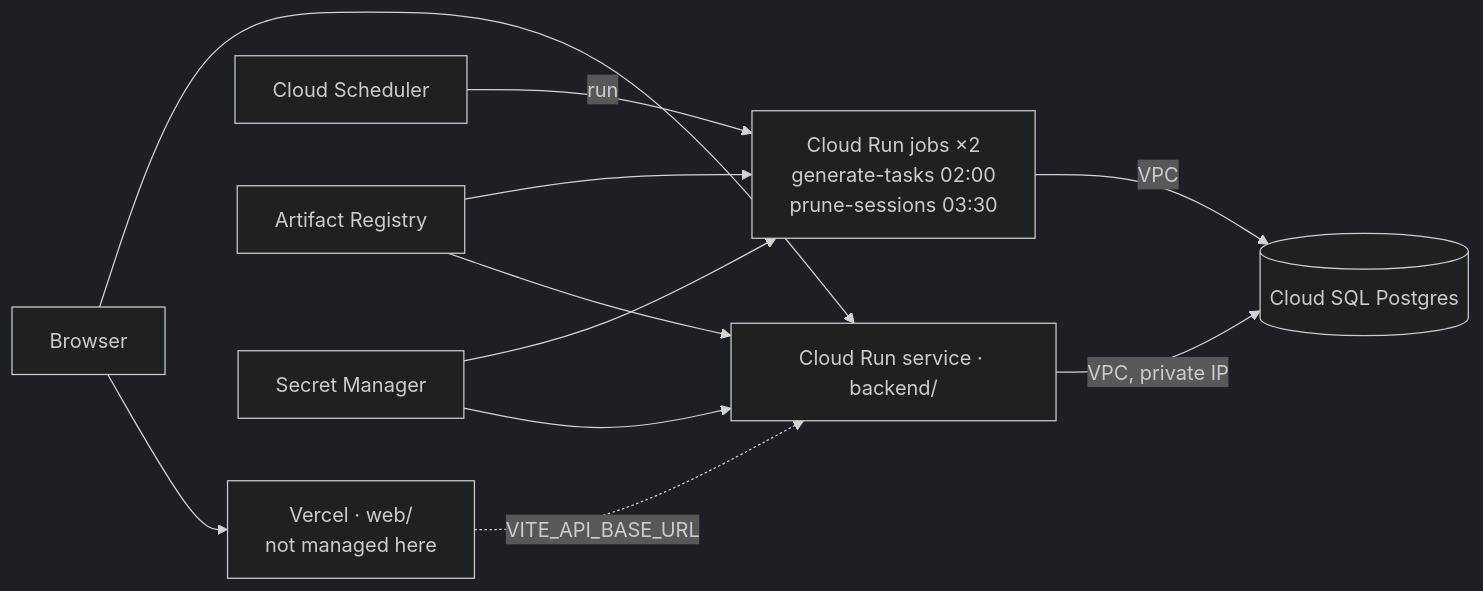
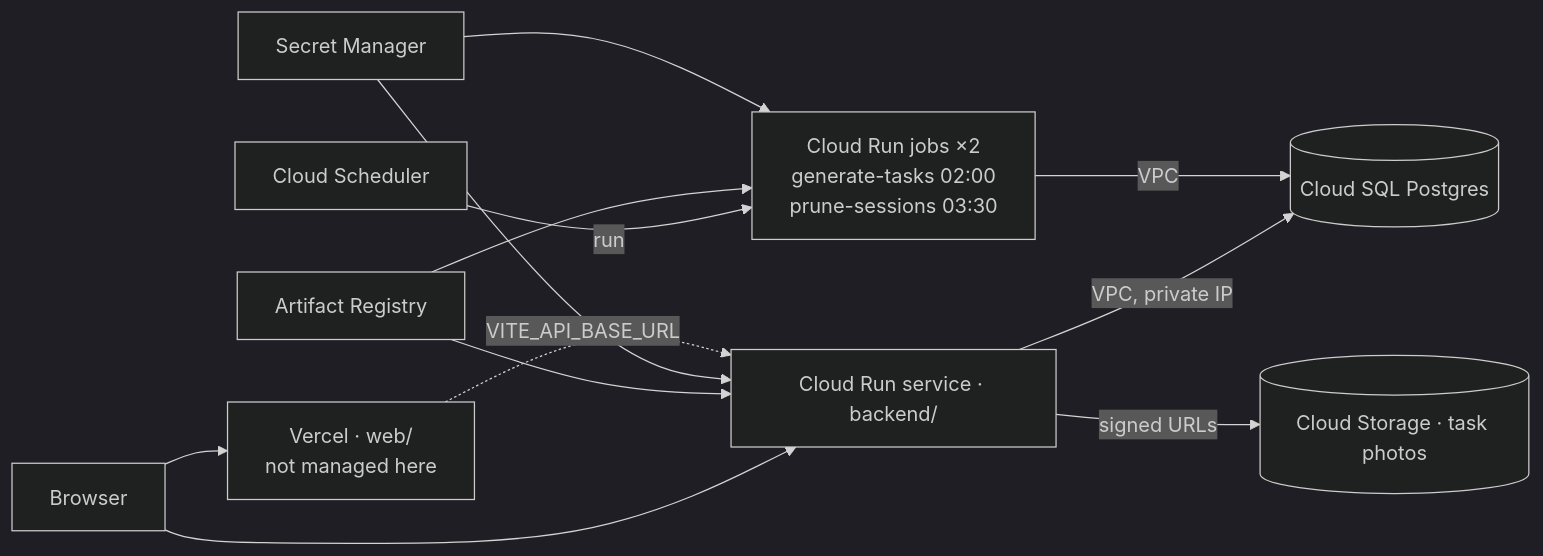
Before and after one commit to dantze/Dami-Prod-EcoTrack: the diagram in infra/README.md, drawn with Mermaid (dark theme). The commit also changed 22 other files, not shown here.

First line of the commit message:
storage: task photos to GCS, and the last app credential goes with them

````diff
--- a/infra/README.md
+++ b/infra/README.md
@@ -3,13 +3,14 @@
 ```mermaid
 flowchart LR
   B[Browser] --> V[Vercel · web/<br/>not managed here]
   B --> S[Cloud Run service · backend/]
   S -- VPC, private IP --> DB[(Cloud SQL Postgres)]
   J[Cloud Run jobs ×2<br/>generate-tasks 02:00<br/>prune-sessions 03:30] -- VPC --> DB
   CS[Cloud Scheduler] -- run --> J
   AR[Artifact Registry] --> S
   AR --> J
   SM[Secret Manager] --> S
   SM --> J
+  S -- signed URLs --> GCS[(Cloud Storage · task photos)]
   V -. VITE_API_BASE_URL .-> S
 ```
````
